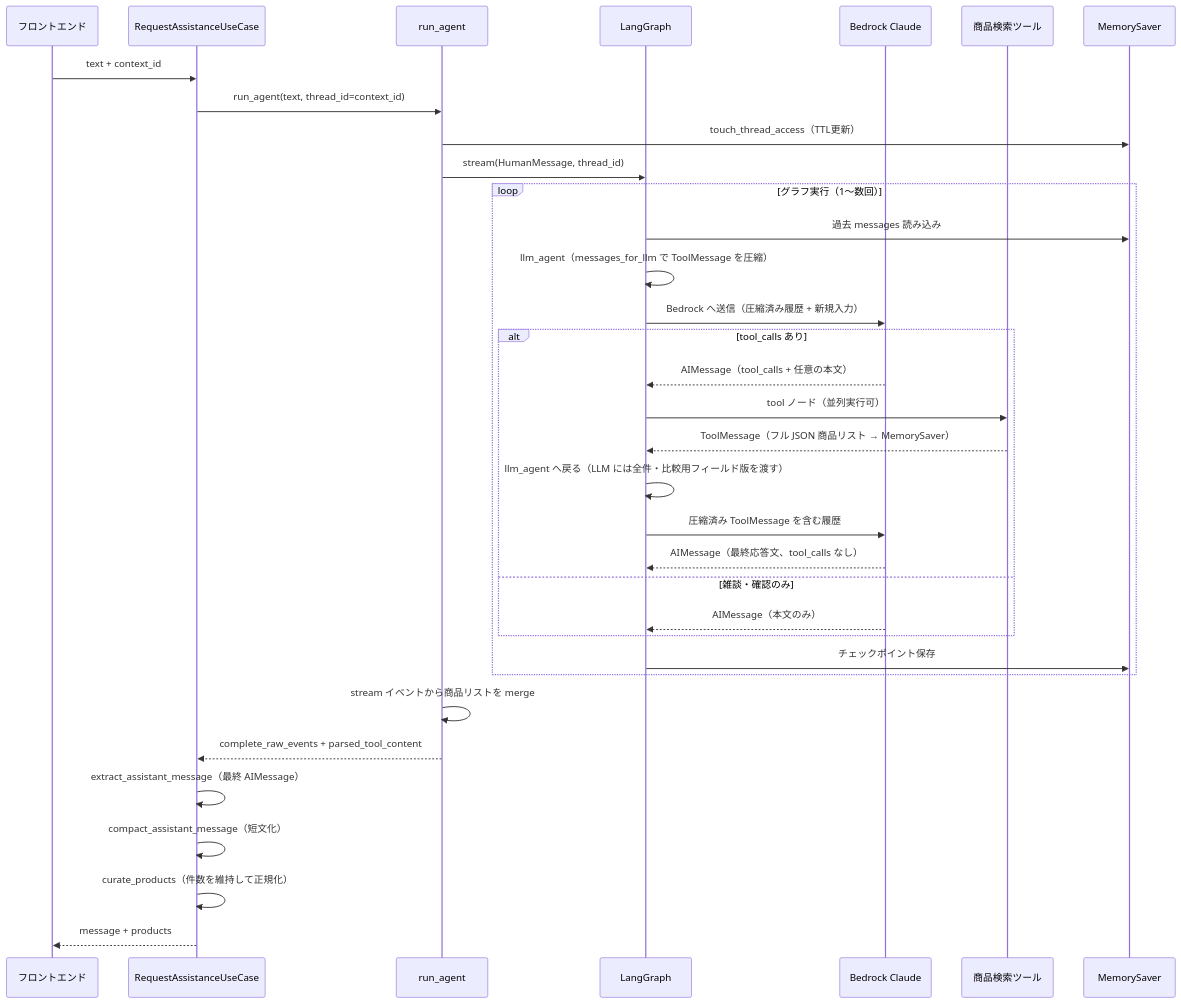
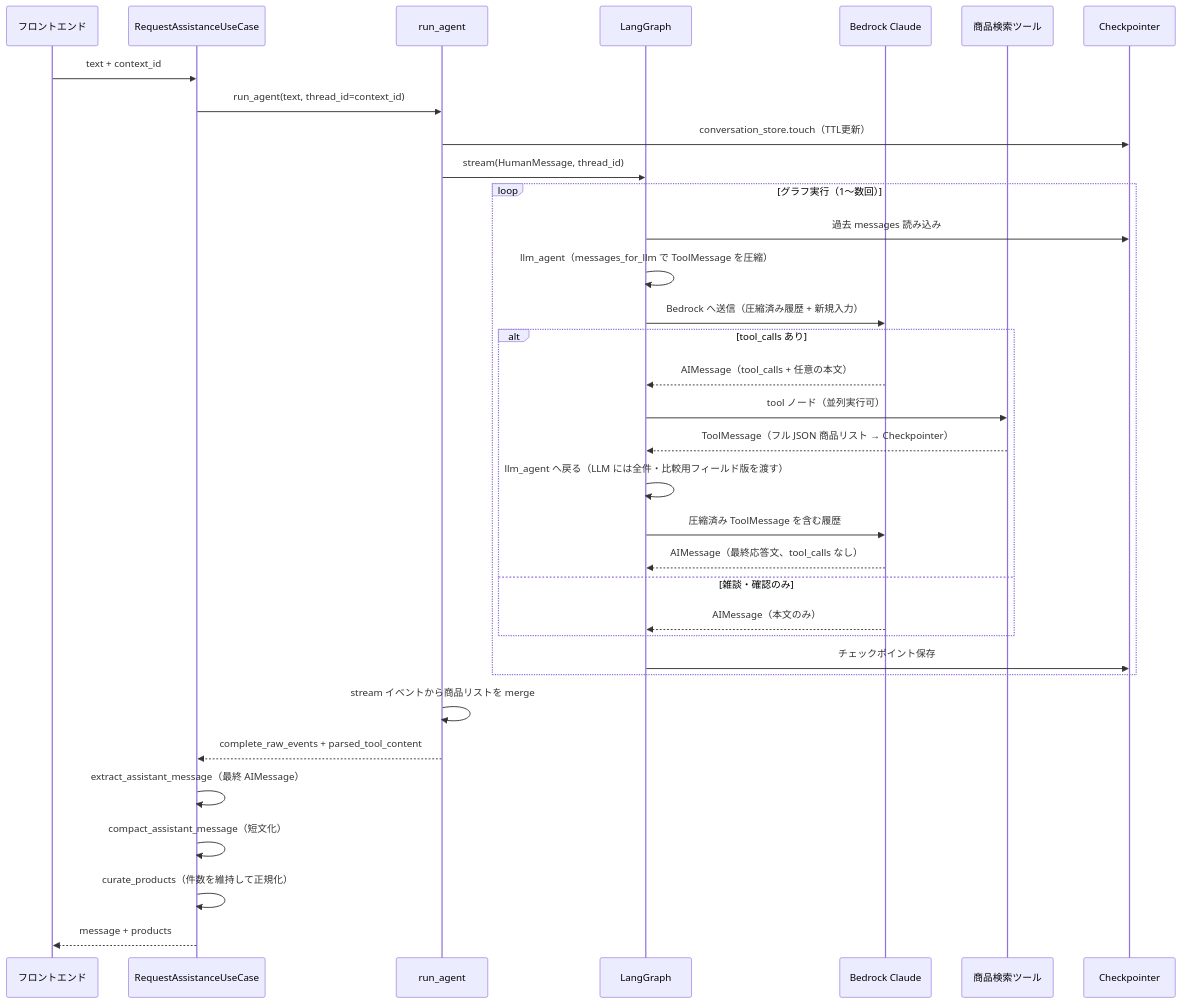
Before and after one commit to koichi2426/Shoppie: the first of 2 diagrams in docs/langgraph-agent.md, drawn with Mermaid. The commit also changed other lines of this file and 61 other files, not shown here.

````diff
--- a/docs/langgraph-agent.md
+++ b/docs/langgraph-agent.md
@@ -26,39 +26,39 @@
 ```mermaid
 sequenceDiagram
     participant FE as フロントエンド
     participant UC as RequestAssistanceUseCase
     participant RA as run_agent
     participant G as LangGraph
     participant LLM as Bedrock Claude
     participant T as 商品検索ツール
-    participant M as MemorySaver
+    participant M as Checkpointer
 
     FE->>UC: text + context_id
     UC->>RA: run_agent(text, thread_id=context_id)
-    RA->>M: touch_thread_access（TTL更新）
+    RA->>M: conversation_store.touch（TTL更新）
     RA->>G: stream(HumanMessage, thread_id)
 
     loop グラフ実行（1〜数回）
         G->>M: 過去 messages 読み込み
         G->>G: llm_agent（messages_for_llm で ToolMessage を圧縮）
         G->>LLM: Bedrock へ送信（圧縮済み履歴 + 新規入力）
         alt tool_calls あり
             LLM-->>G: AIMessage（tool_calls + 任意の本文）
             G->>T: tool ノード（並列実行可）
-            T-->>G: ToolMessage（フル JSON 商品リスト → MemorySaver）
+            T-->>G: ToolMessage（フル JSON 商品リスト → Checkpointer）
             G->>G: llm_agent へ戻る（LLM には全件・比較用フィールド版を渡す）
             G->>LLM: 圧縮済み ToolMessage を含む履歴
             LLM-->>G: AIMessage（最終応答文、tool_calls なし）
         else 雑談・確認のみ
             LLM-->>G: AIMessage（本文のみ）
         end
         G->>M: チェックポイント保存
     end
 
     RA->>RA: stream イベントから商品リストを merge
     RA-->>UC: complete_raw_events + parsed_tool_content
     UC->>UC: extract_assistant_message（最終 AIMessage）
     UC->>UC: compact_assistant_message（短文化）
     UC->>UC: curate_products（件数を維持して正規化）
     UC-->>FE: message + products
 ```
````
